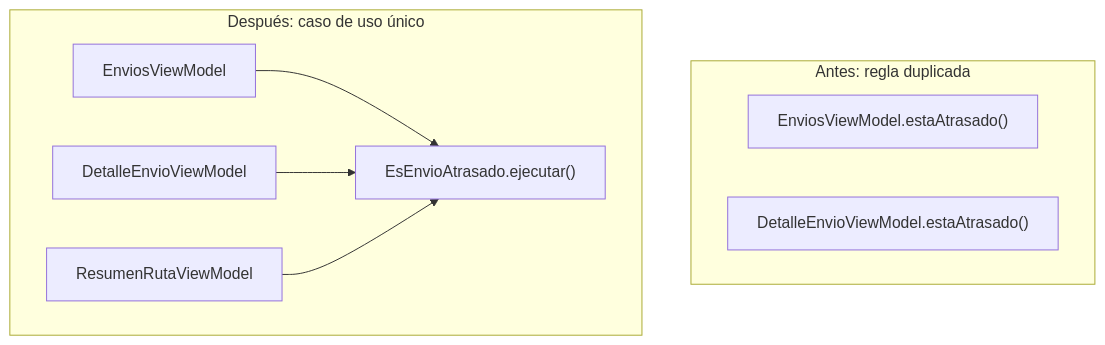
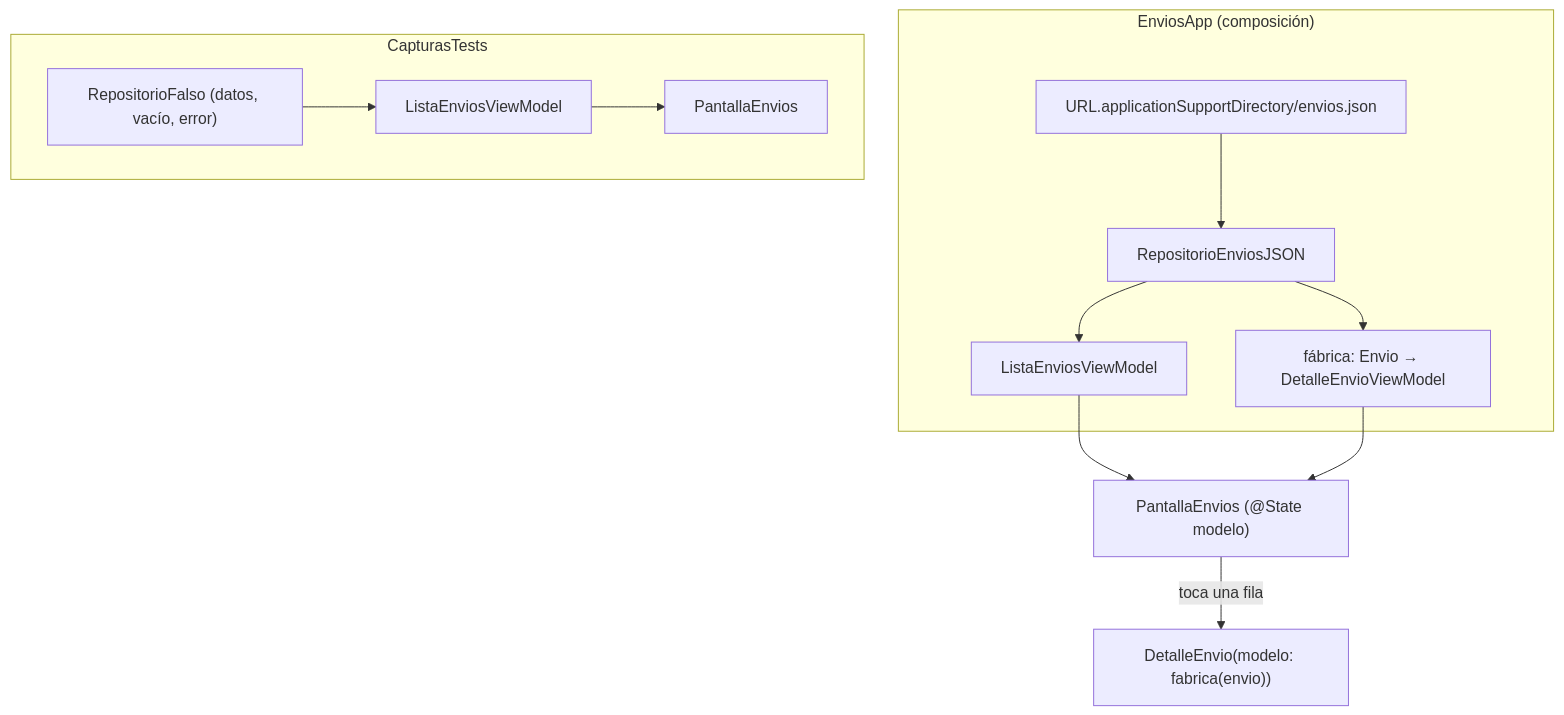
One commit to NICORUIZ93/The_Imperial_Book changed the fourth of 4 diagrams in web/public/content/ios/modulo-8.md. Above: the diagram before and after it, drawn with Mermaid. The commit also changed other lines of this file and 88 other files, not shown here.

````diff
--- a/web/public/content/ios/modulo-8.md
+++ b/web/public/content/ios/modulo-8.md
@@ -205,13 +1664,14 @@
 ```mermaid
-flowchart TD
-    subgraph Antes["Antes: regla duplicada"]
-        A1["EnviosViewModel.estaAtrasado()"]
-        A2["DetalleEnvioViewModel.estaAtrasado()"]
+flowchart TB
+    subgraph App["EnviosApp (composición)"]
+      A["URL.applicationSupportDirectory/envios.json"] --> R["RepositorioEnviosJSON"]
+      R --> L["ListaEnviosViewModel"]
+      R --> F["fábrica: Envio → DetalleEnvioViewModel"]
     end
-    subgraph Despues["Después: caso de uso único"]
-        B1["EsEnvioAtrasado.ejecutar()"]
-        B2["EnviosViewModel"] --> B1
-        B3["DetalleEnvioViewModel"] --> B1
-        B4["ResumenRutaViewModel"] --> B1
+    L --> P["PantallaEnvios (@State modelo)"]
+    F --> P
+    P -->|"toca una fila"| D["DetalleEnvio(modelo: fabrica(envio))"]
+    subgraph Pruebas["CapturasTests"]
+      RF["RepositorioFalso (datos, vacío, error)"] --> L2["ListaEnviosViewModel"] --> P2["PantallaEnvios"]
     end
 ```
````
